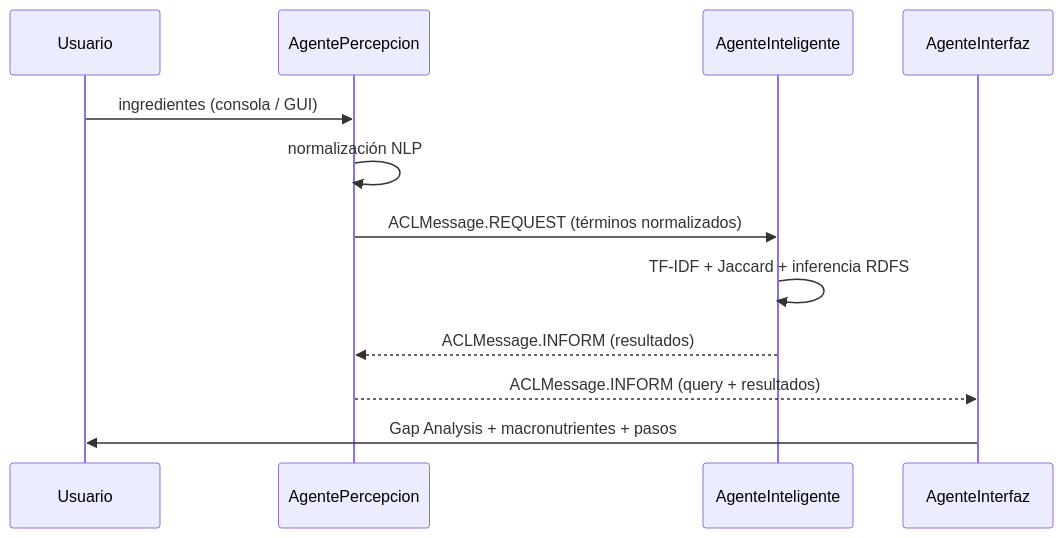
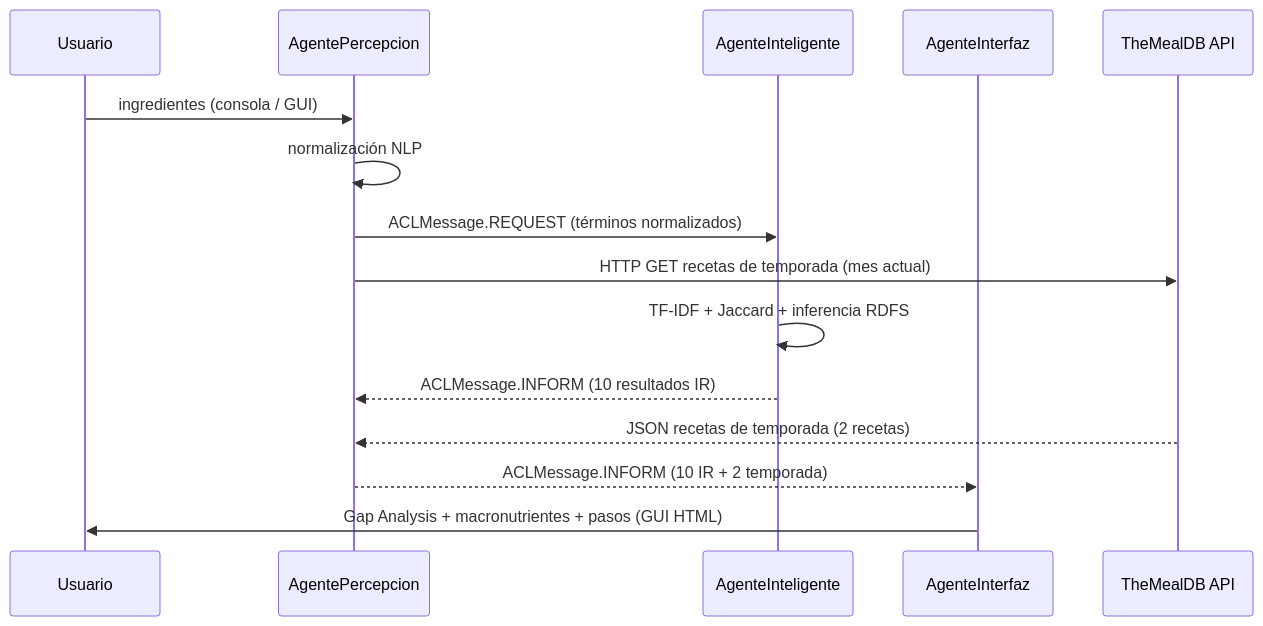
One commit to JAGB709/Nutrify changed the diagram in README.md. Above: the diagram before and after it, drawn with Mermaid. The commit also changed other lines of this file, not shown here.

Commit message:
README: arquitectura actualizada con percepción web y GUI HTML

````diff
--- a/README.md
+++ b/README.md
@@ -23,15 +25,18 @@
 ```mermaid
 sequenceDiagram
     participant U as Usuario
     participant P as AgentePercepcion
     participant I as AgenteInteligente
     participant V as AgenteInterfaz
+    participant W as TheMealDB API
 
     U->>P: ingredientes (consola / GUI)
     P->>P: normalización NLP
     P->>I: ACLMessage.REQUEST (términos normalizados)
+    P->>W: HTTP GET recetas de temporada (mes actual)
     I->>I: TF-IDF + Jaccard + inferencia RDFS
-    I-->>P: ACLMessage.INFORM (resultados)
-    P-->>V: ACLMessage.INFORM (query + resultados)
-    V->>U: Gap Analysis + macronutrientes + pasos
+    I-->>P: ACLMessage.INFORM (10 resultados IR)
+    W-->>P: JSON recetas de temporada (2 recetas)
+    P-->>V: ACLMessage.INFORM (10 IR + 2 temporada)
+    V->>U: Gap Analysis + macronutrientes + pasos (GUI HTML)
 ```
````
